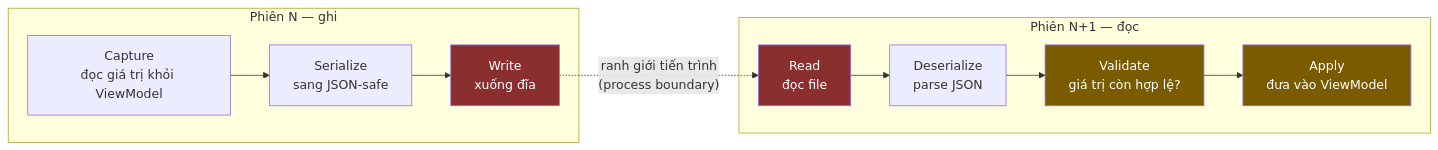
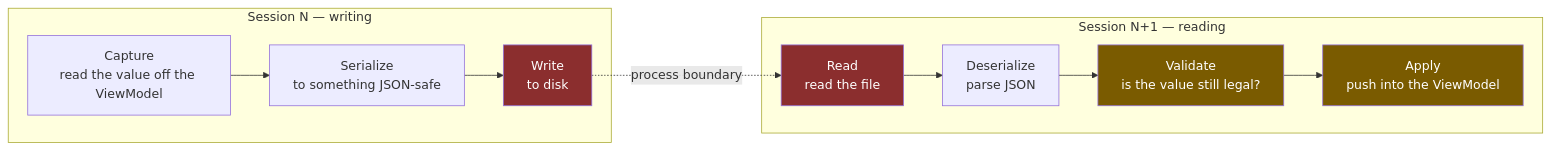
The first of 12 diagrams in Tasks/epics/EPIC-010_ghi_nho_gia_tri_cuoi/design/DESIGN_2026-08-25_ui_state_persistence.md (anhembedded/Sagittarius_Elite_Warrior), drawn with Mermaid before and after one commit. The commit also changed other lines of this file and 1 other file, not shown here.

````diff
--- a/Tasks/epics/EPIC-010_ghi_nho_gia_tri_cuoi/design/DESIGN_2026-08-25_ui_state_persistence.md
+++ b/Tasks/epics/EPIC-010_ghi_nho_gia_tri_cuoi/design/DESIGN_2026-08-25_ui_state_persistence.md
@@ -80,18 +82,18 @@
 ```mermaid
 flowchart LR
-    subgraph S1["Phiên N — ghi"]
-        A["Capture<br/>đọc giá trị khỏi ViewModel"] --> B["Serialize<br/>sang JSON-safe"]
-        B --> C["Write<br/>xuống đĩa"]
+    subgraph S1["Session N — writing"]
+        A["Capture<br/>read the value off the ViewModel"] --> B["Serialize<br/>to something JSON-safe"]
+        B --> C["Write<br/>to disk"]
     end
-    C -.->|"ranh giới tiến trình<br/>(process boundary)"| D
-    subgraph S2["Phiên N+1 — đọc"]
-        D["Read<br/>đọc file"] --> E["Deserialize<br/>parse JSON"]
-        E --> F["Validate<br/>giá trị còn hợp lệ?"]
-        F --> G["Apply<br/>đưa vào ViewModel"]
+    C -.->|"process boundary"| D
+    subgraph S2["Session N+1 — reading"]
+        D["Read<br/>read the file"] --> E["Deserialize<br/>parse JSON"]
+        E --> F["Validate<br/>is the value still legal?"]
+        F --> G["Apply<br/>push into the ViewModel"]
     end
 
     style C fill:#8B2E2E,color:#fff
     style D fill:#8B2E2E,color:#fff
     style F fill:#7A5B00,color:#fff
     style G fill:#7A5B00,color:#fff
 ```
````
